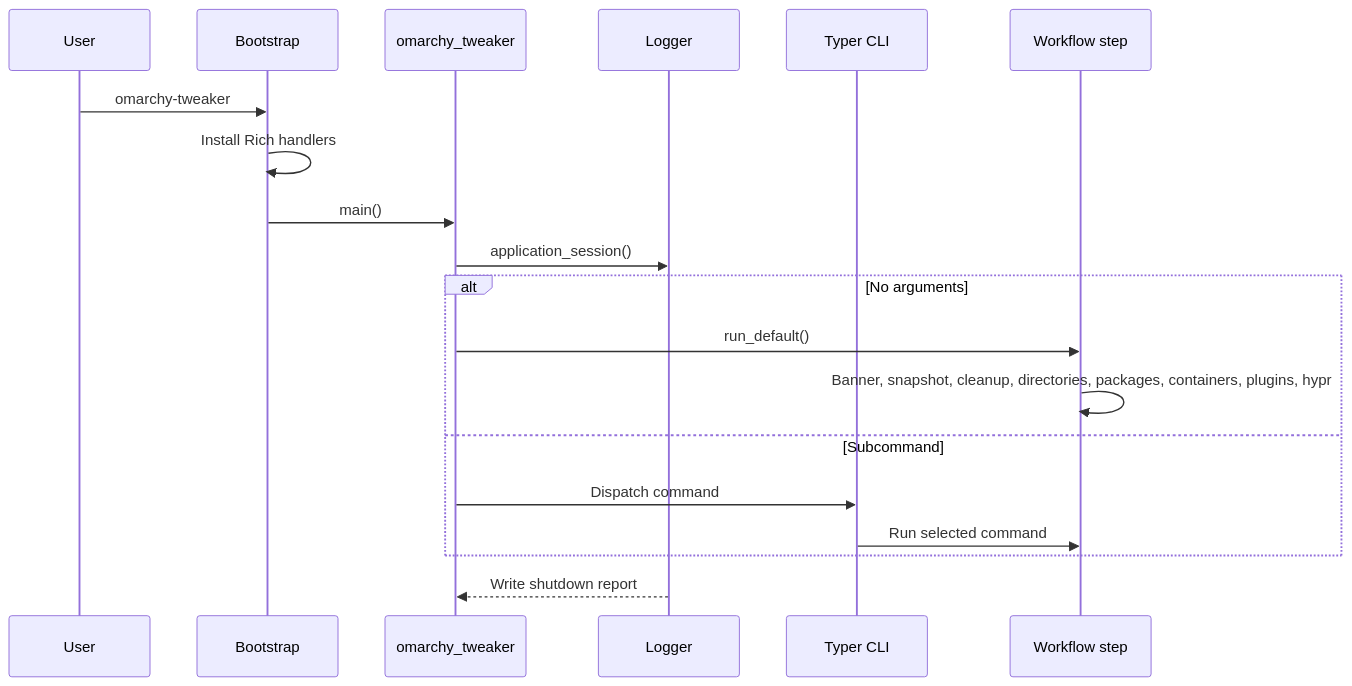
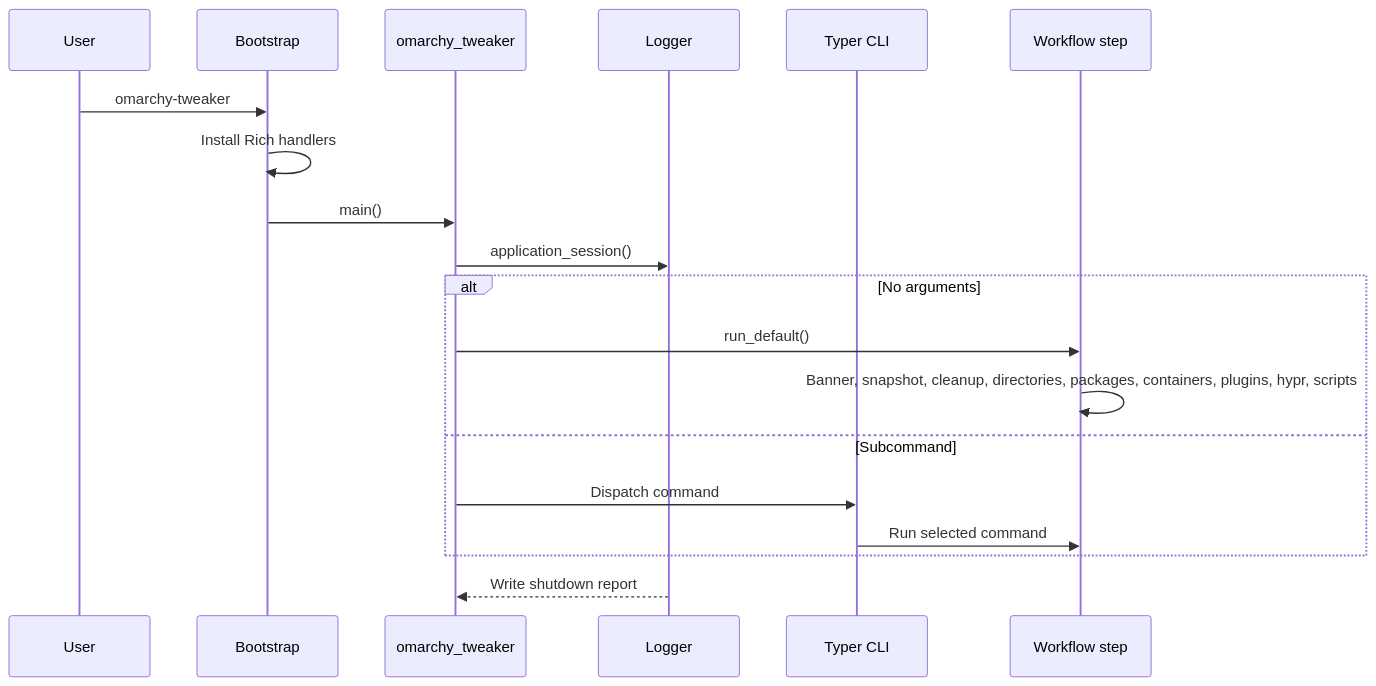
One commit to Armoghans-Organization/Omarchy-Tweaker changed the second of 3 diagrams in docs/architecture.md. Above: the diagram before and after it, drawn with Mermaid. The commit also changed other lines of this file and 21 other files, not shown here.

````diff
--- a/docs/architecture.md
+++ b/docs/architecture.md
@@ -40,21 +41,21 @@
 ```mermaid
 sequenceDiagram
     participant User
     participant Bootstrap
     participant App as omarchy_tweaker
     participant Logger
     participant CLI as Typer CLI
     participant Step as Workflow step
     User->>Bootstrap: omarchy-tweaker
     Bootstrap->>Bootstrap: Install Rich handlers
     Bootstrap->>App: main()
     App->>Logger: application_session()
     alt No arguments
         App->>Step: run_default()
-        Step->>Step: Banner, snapshot, cleanup, directories, packages, containers, plugins, hypr
+        Step->>Step: Banner, snapshot, cleanup, directories, packages, containers, plugins, hypr, scripts
     else Subcommand
         App->>CLI: Dispatch command
         CLI->>Step: Run selected command
     end
     Logger-->>App: Write shutdown report
 ```
````
